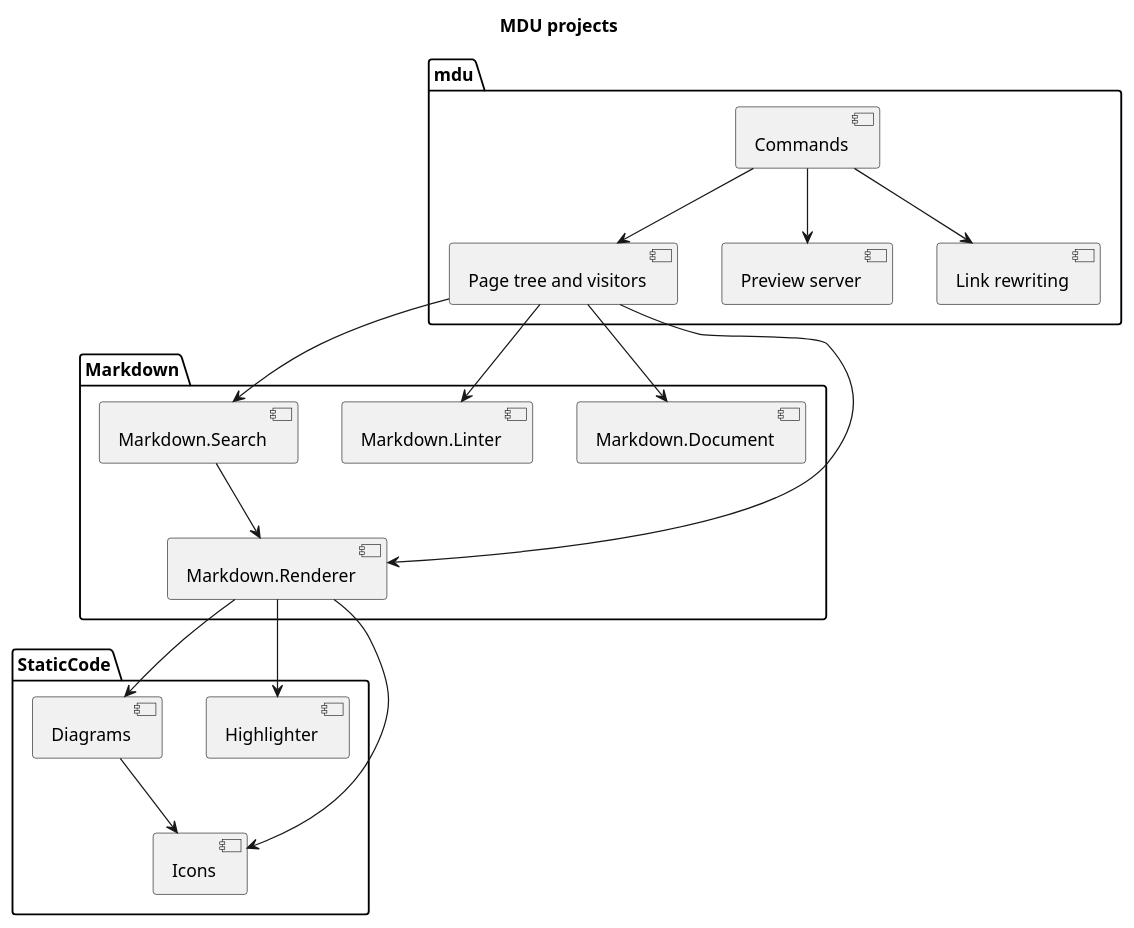
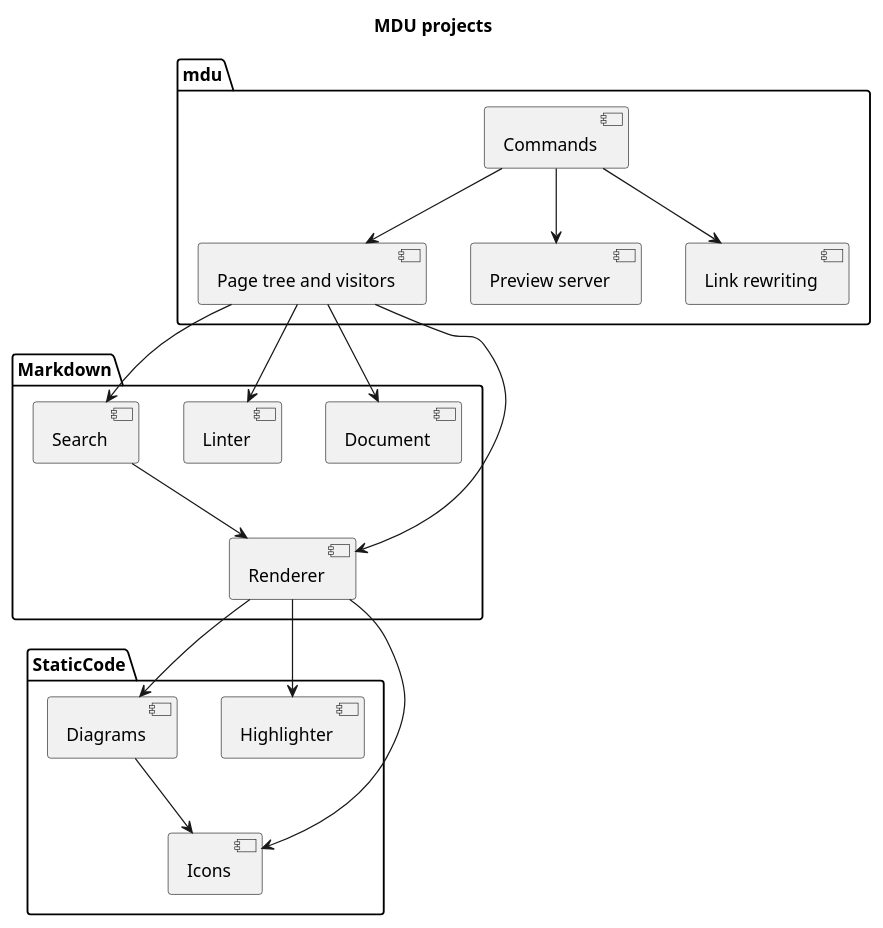
One commit to capjan/mdu changed the diagram in Docs/Architecture/Components.md. Above: the diagram before and after it, drawn with PlantUML.

Commit message:
docs: shorten component diagram labels (#184)

````diff
--- a/Docs/Architecture/Components.md
+++ b/Docs/Architecture/Components.md
@@ -26,45 +26,45 @@
 ```plantuml
 @startuml
 title MDU projects
 package "mdu" {
   [Commands] as Cli
   [Page tree and visitors] as Graph
   [Preview server] as Preview
   [Link rewriting] as Links
 }
 package "Markdown" {
-  [Markdown.Document] as Doc
-  [Markdown.Linter] as Linter
-  [Markdown.Renderer] as Renderer
-  [Markdown.Search] as Search
+  [Document] as Doc
+  [Linter] as Linter
+  [Renderer] as Renderer
+  [Search] as Search
 }
 package "StaticCode" {
   [Highlighter] as Highlighter
   [Diagrams] as Diagrams
   [Icons] as Icons
 }
 Cli --> Graph
 Cli --> Preview
 Cli --> Links
 Graph --> Doc
 Graph --> Linter
 Graph --> Renderer
 Graph --> Search
 Search --> Renderer
 Renderer --> Highlighter
 Renderer --> Diagrams
 Renderer --> Icons
 Diagrams --> Icons
 url of Cli is [[#mdu]]
 url of Graph is [[#mdu]]
 url of Preview is [[#mdu]]
 url of Links is [[#mdu]]
 url of Doc is [[#markdown.document]]
 url of Linter is [[#markdown.linter]]
 url of Renderer is [[#markdown.renderer]]
 url of Search is [[#markdown.search]]
 url of Highlighter is [[#staticcode.highlighter]]
 url of Diagrams is [[#staticcode.diagrams]]
 url of Icons is [[#staticcode.icons]]
 @enduml
 ```
````
